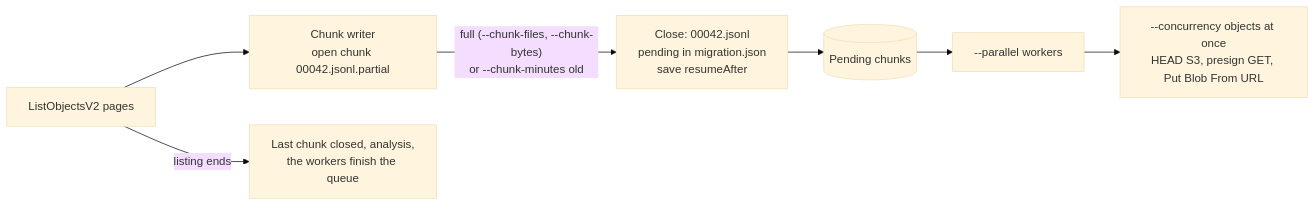
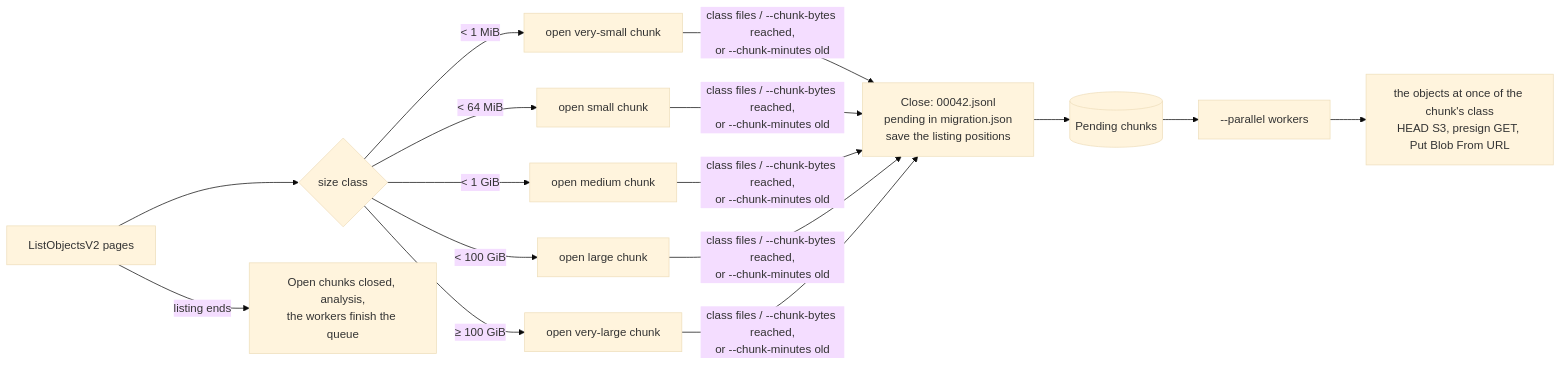
One commit to william-liebenberg/azcopy-commander changed the diagram in README.md. Above: the diagram before and after it, drawn with Mermaid (base theme). The commit also changed other lines of this file and 10 other files, not shown here.

First line of the commit message:
migrate: chunk the listing by size class, each class with its own copy profile

````diff
--- a/README.md
+++ b/README.md
@@ -56,9 +56,14 @@
 ```mermaid
 flowchart LR
-  L[ListObjectsV2 pages] --> W[Chunk writer<br/>open chunk 00042.jsonl.partial]
-  W -- "full (--chunk-files, --chunk-bytes)<br/>or --chunk-minutes old" --> S[Close: 00042.jsonl<br/>pending in migration.json<br/>save resumeAfter]
-  S --> Q[(Pending chunks)]
+  L[ListObjectsV2 pages] --> K{size class}
+  K -->|< 1 MiB| XS[open very-small chunk]
+  K -->|< 64 MiB| S[open small chunk]
+  K -->|< 1 GiB| M[open medium chunk]
+  K -->|< 100 GiB| LG[open large chunk]
+  K -->|≥ 100 GiB| XL[open very-large chunk]
+  XS & S & M & LG & XL -- "class files / --chunk-bytes reached,<br/>or --chunk-minutes old" --> C[Close: 00042.jsonl<br/>pending in migration.json<br/>save the listing positions]
+  C --> Q[(Pending chunks)]
   Q --> P[--parallel workers]
-  P --> C[--concurrency objects at once<br/>HEAD S3, presign GET, Put Blob From URL]
-  L -- listing ends --> E[Last chunk closed, analysis,<br/>the workers finish the queue]
+  P --> W[the objects at once of the chunk's class<br/>HEAD S3, presign GET, Put Blob From URL]
+  L -- listing ends --> E[Open chunks closed, analysis,<br/>the workers finish the queue]
 ```
````
